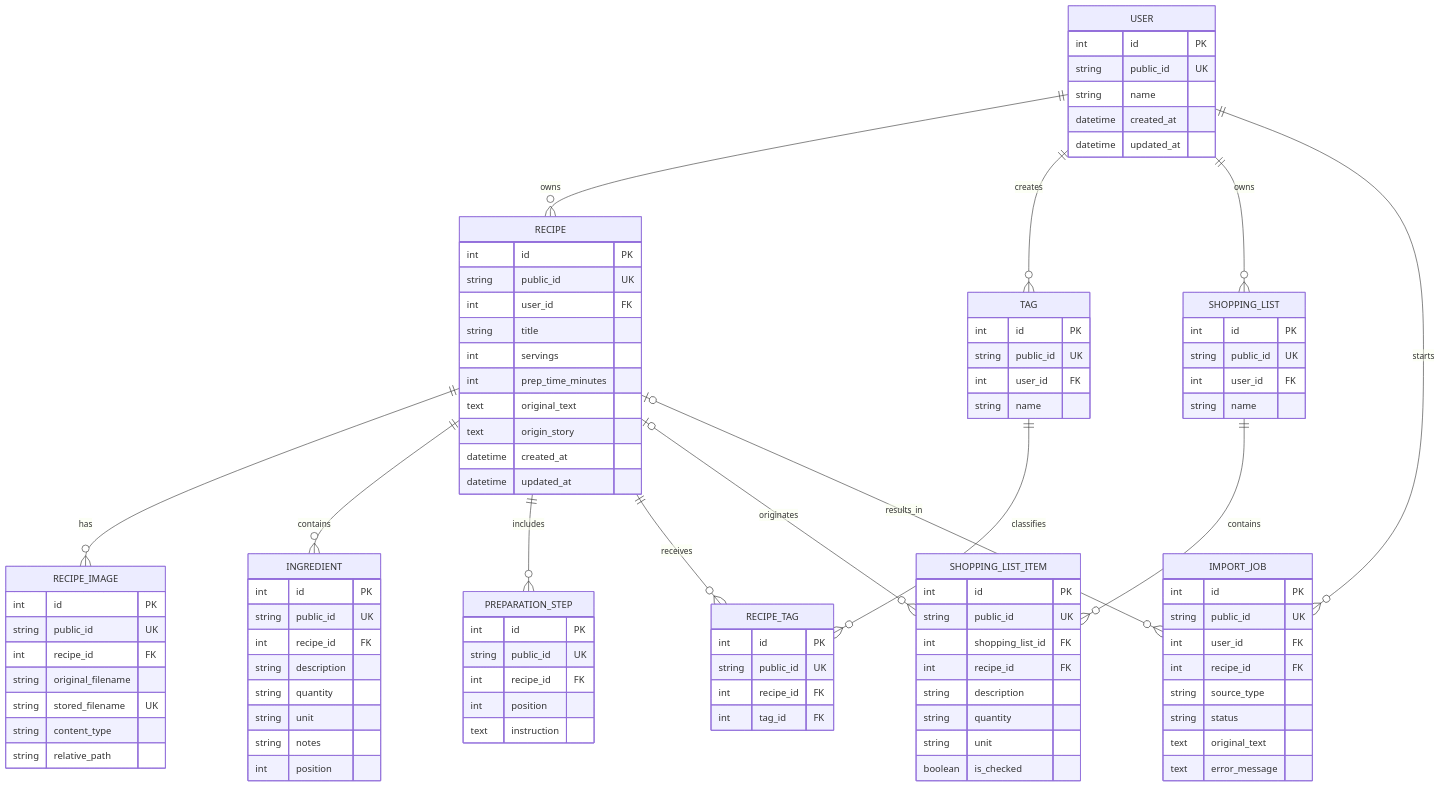
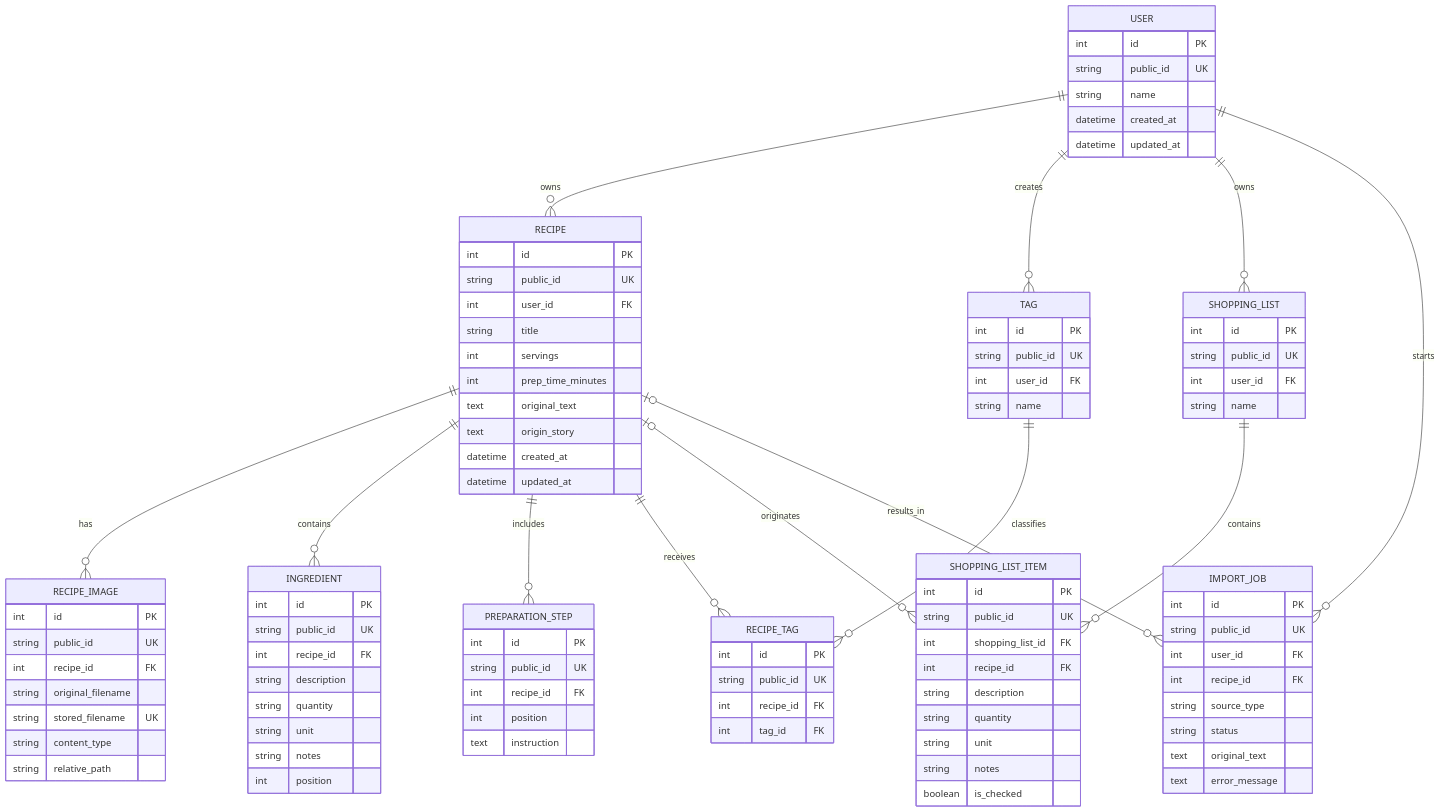
The fourth of 9 diagrams in docs/ARCHITECTURE_DIAGRAMS.md (tscherubino/esp-t2-es-c4), drawn with Mermaid before and after one commit. The commit also changed other lines of this file and 11 other files, not shown here.

```diff
--- a/docs/ARCHITECTURE_DIAGRAMS.md
+++ b/docs/ARCHITECTURE_DIAGRAMS.md
@@ -223,6 +240,7 @@
         string description
         string quantity
         string unit
+        string notes
         boolean is_checked
     }
     IMPORT_JOB {
```
